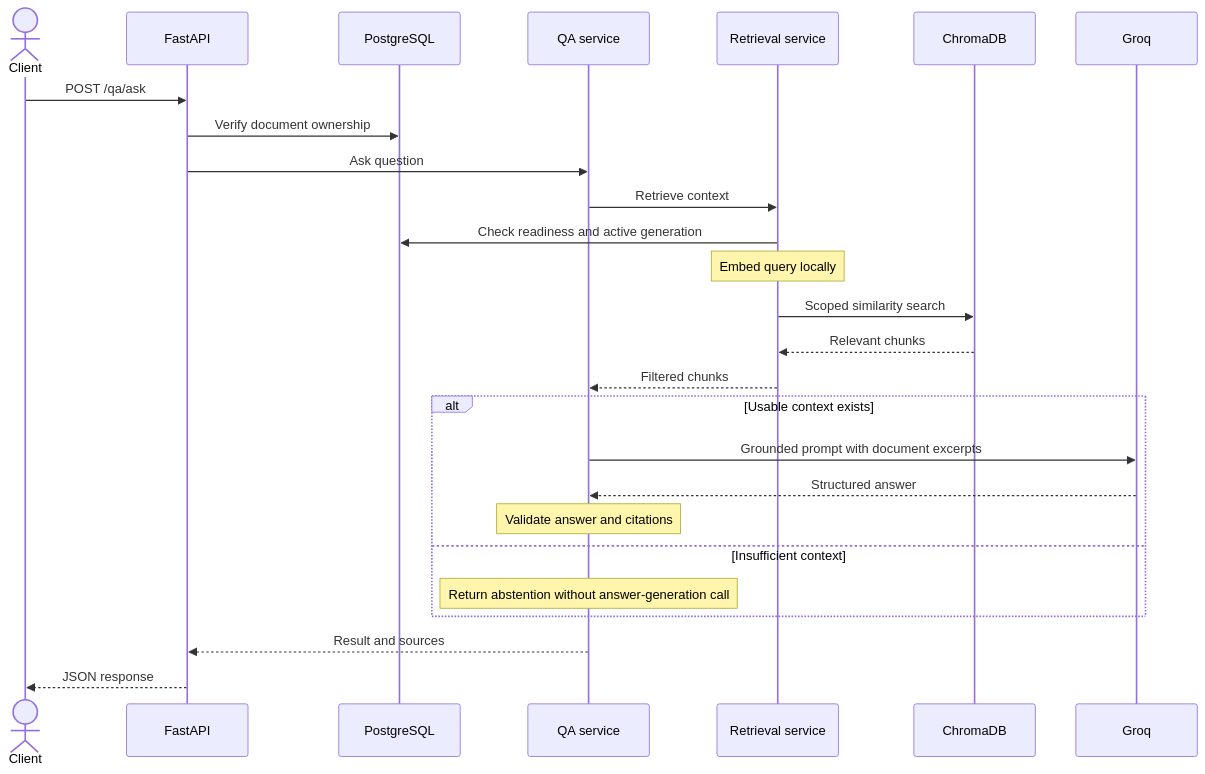
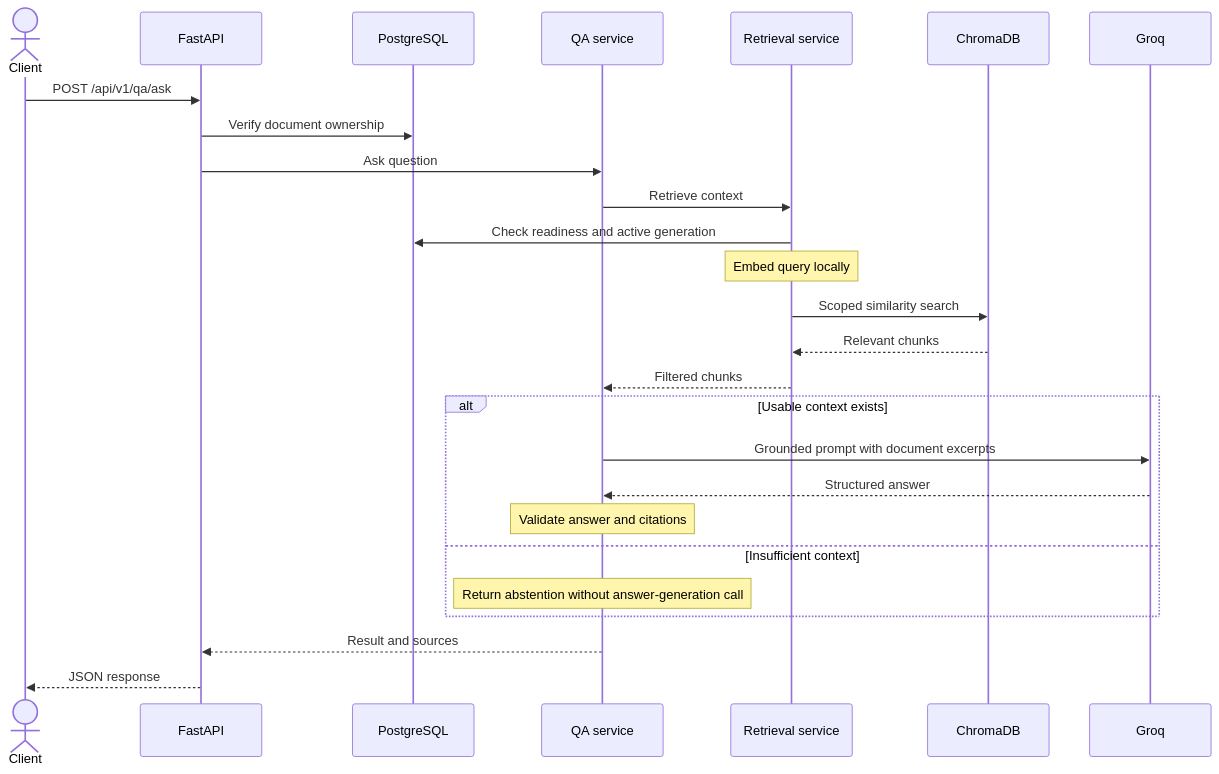
One commit to mehmood22/ragforge changed the fourth of 5 diagrams in docs/ARCHITECTURE.md. Above: the diagram before and after it, drawn with Mermaid. The commit also changed other lines of this file and 2 other files, not shown here.

Commit message:
docs: standardize versioned API endpoints and health checks

````diff
--- a/docs/ARCHITECTURE.md
+++ b/docs/ARCHITECTURE.md
@@ -70,28 +70,28 @@
 ```mermaid
 sequenceDiagram
     actor U as Client
     participant A as FastAPI
     participant P as PostgreSQL
     participant Q as QA service
     participant R as Retrieval service
     participant V as ChromaDB
     participant L as Groq
-    U->>A: POST /qa/ask
+    U->>A: POST /api/v1/qa/ask
     A->>P: Verify document ownership
     A->>Q: Ask question
     Q->>R: Retrieve context
     R->>P: Check readiness and active generation
     Note over R: Embed query locally
     R->>V: Scoped similarity search
     V-->>R: Relevant chunks
     R-->>Q: Filtered chunks
     alt Usable context exists
         Q->>L: Grounded prompt with document excerpts
         L-->>Q: Structured answer
         Note over Q: Validate answer and citations
     else Insufficient context
         Note over Q: Return abstention without answer-generation call
     end
     Q-->>A: Result and sources
     A-->>U: JSON response
 ```
````
